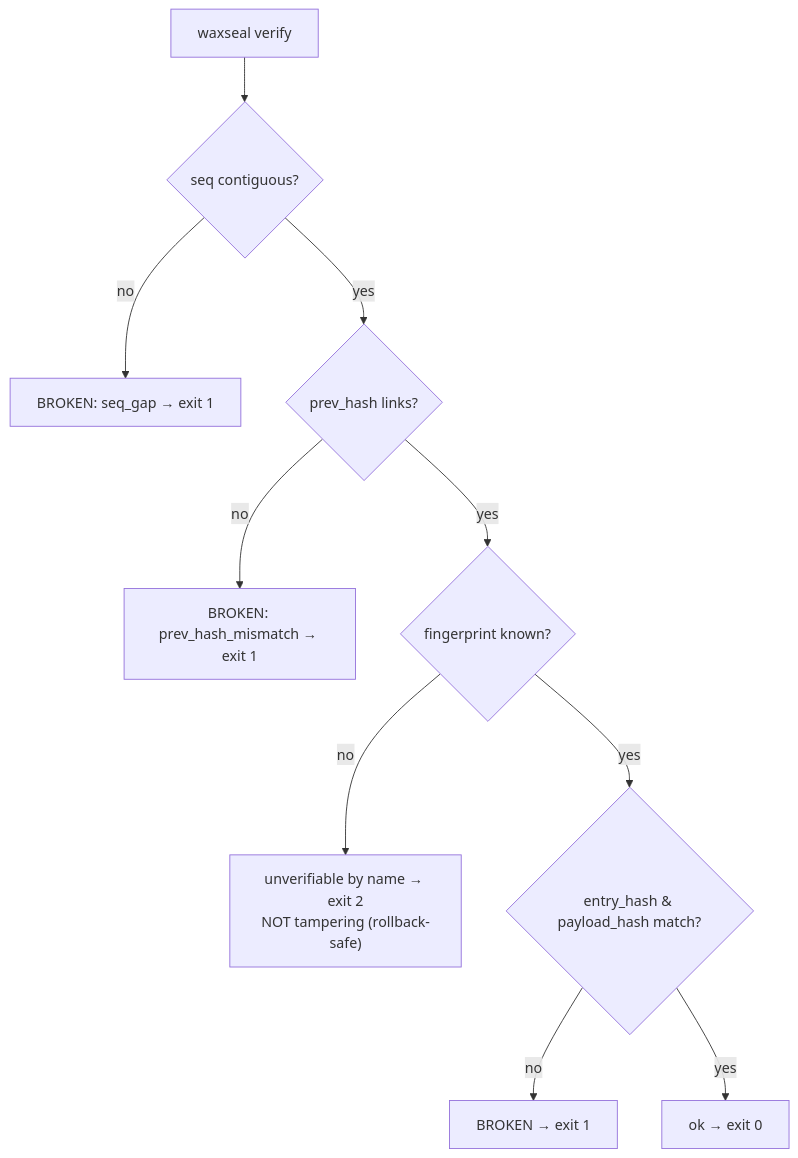
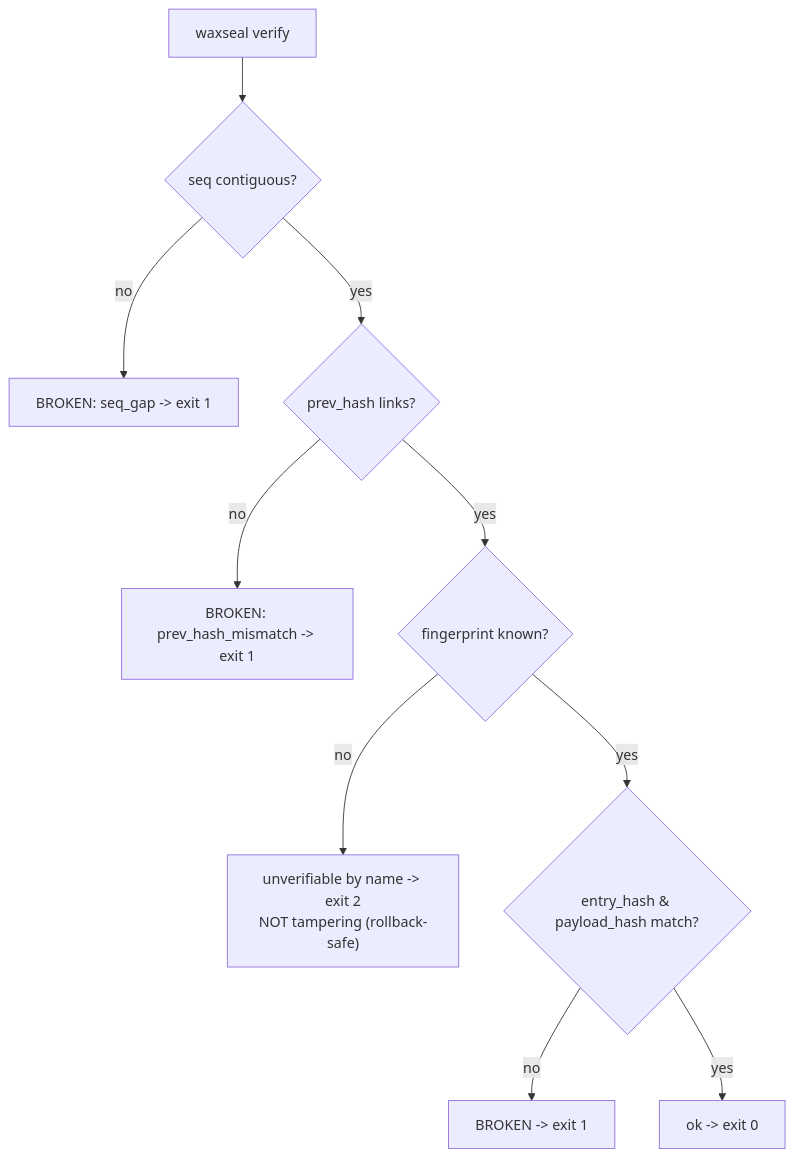
One commit to cuongbphv/waxseal changed the third of 4 diagrams in README.md. Above: the diagram before and after it, drawn with Mermaid. The commit also changed other lines of this file and 8 other files, not shown here.

````diff
--- a/README.md
+++ b/README.md
@@ -111,12 +111,12 @@
 ```mermaid
 flowchart TD
     V["waxseal verify"] --> Q1{"seq contiguous?"}
-    Q1 -- "no" --> X1["BROKEN: seq_gap → exit 1"]
+    Q1 -- "no" --> X1["BROKEN: seq_gap -> exit 1"]
     Q1 -- "yes" --> Q2{"prev_hash links?"}
-    Q2 -- "no" --> X2["BROKEN: prev_hash_mismatch → exit 1"]
+    Q2 -- "no" --> X2["BROKEN: prev_hash_mismatch -> exit 1"]
     Q2 -- "yes" --> Q3{"fingerprint known?"}
-    Q3 -- "no" --> U["unverifiable by name → exit 2<br/>NOT tampering (rollback-safe)"]
+    Q3 -- "no" --> U["unverifiable by name -> exit 2<br/>NOT tampering (rollback-safe)"]
     Q3 -- "yes" --> Q4{"entry_hash & payload_hash match?"}
-    Q4 -- "no" --> X3["BROKEN → exit 1"]
-    Q4 -- "yes" --> OK["ok → exit 0"]
+    Q4 -- "no" --> X3["BROKEN -> exit 1"]
+    Q4 -- "yes" --> OK["ok -> exit 0"]
 ```
````
